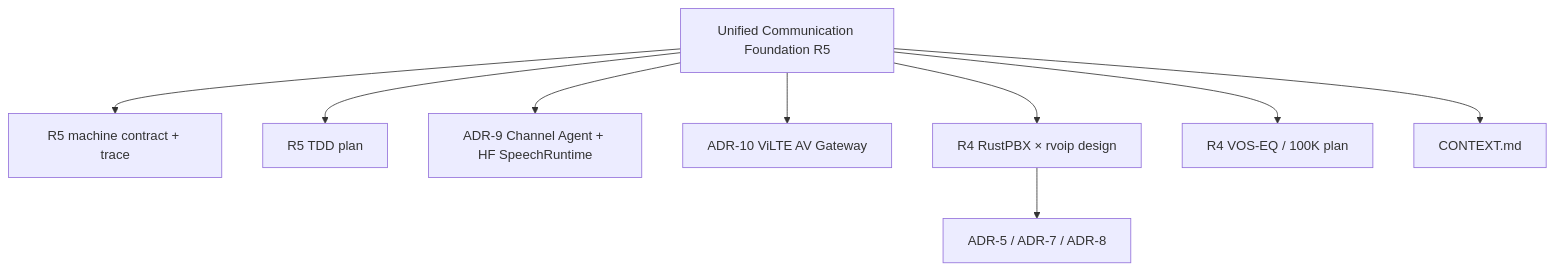
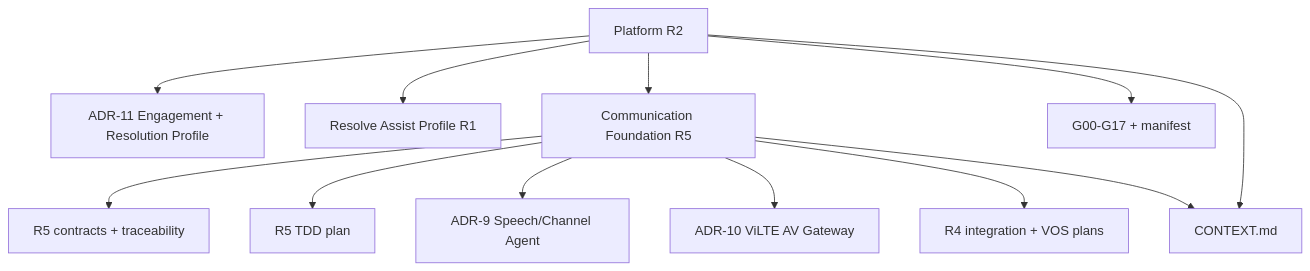
The diagram in docs/design/README.md (songgoldenwind-crypto/converact-platform), drawn with Mermaid before and after one commit. The commit also changed other lines of this file and 1807 other files, not shown here.

````diff
--- a/docs/design/README.md
+++ b/docs/design/README.md
@@ -51,21 +56,14 @@
 ```mermaid
 flowchart TD
-  R5["Unified Communication Foundation R5"]
-  R5C["R5 machine contract + trace"]
-  R5P["R5 TDD plan"]
-  ADR9["ADR-9 Channel Agent + HF SpeechRuntime"]
-  ADR10["ADR-10 ViLTE AV Gateway"]
-  R4["R4 RustPBX × rvoip design"]
-  VOS["R4 VOS-EQ / 100K plan"]
-  ADR578["ADR-5 / ADR-7 / ADR-8"]
-  CTX["CONTEXT.md"]
-
-  R5 --> R5C
-  R5 --> R5P
-  R5 --> ADR9
-  R5 --> ADR10
-  R5 --> R4
-  R5 --> VOS
-  R4 --> ADR578
+  R2["Platform R2"] --> ADR11["ADR-11 Engagement + Resolution Profile"]
+  R2 --> R1["Resolve Assist Profile R1"]
+  R2 --> R5["Communication Foundation R5"]
+  R2 --> GOALS["G00-G17 + manifest"]
+  R5 --> R5C["R5 contracts + traceability"]
+  R5 --> R5P["R5 TDD plan"]
+  R5 --> ADR9["ADR-9 Speech/Channel Agent"]
+  R5 --> ADR10["ADR-10 ViLTE AV Gateway"]
+  R5 --> R4["R4 integration + VOS plans"]
+  R2 --> CTX["CONTEXT.md"]
   R5 --> CTX
 ```
````
